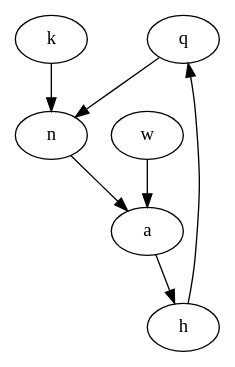
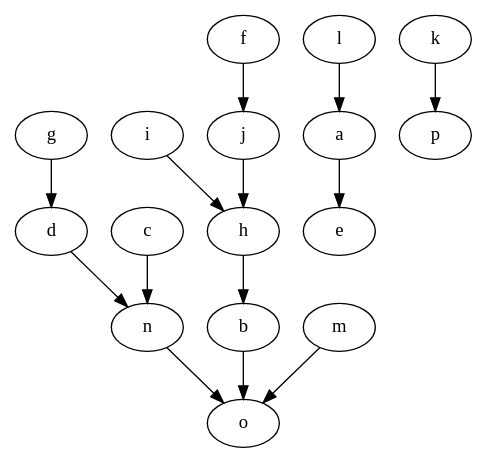
Before and after one commit to ClayDowling/llintersections: the diagram in samples/graphF.gv, drawn with Graphviz. The commit also changed 23 other files, not shown here.

```diff
--- a/samples/graphF.gv
+++ b/samples/graphF.gv
@@ -1,8 +1,15 @@
 digraph intersection {
-  q -> n
-  w -> a
-  a -> h
-  h -> q
-  k -> n
-  n -> a
+  g -> d
+  h -> b
+  i -> h
+  b -> o
+  c -> n
+  f -> j
+  j -> h
+  d -> n
+  m -> o
+  a -> e
+  l -> a
+  n -> o
+  k -> p
 }
```
